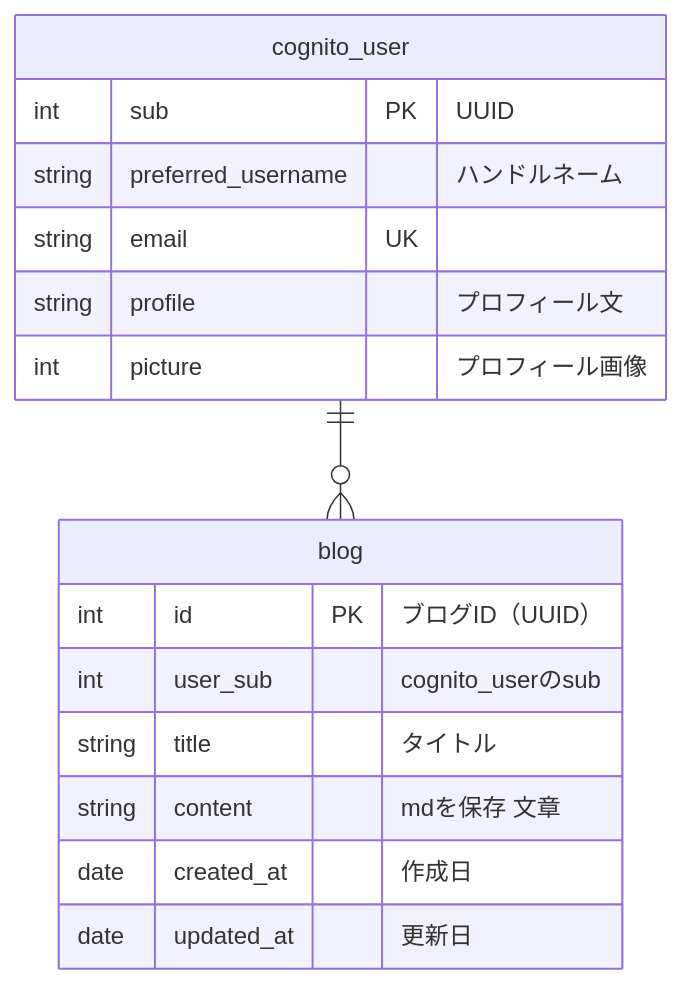
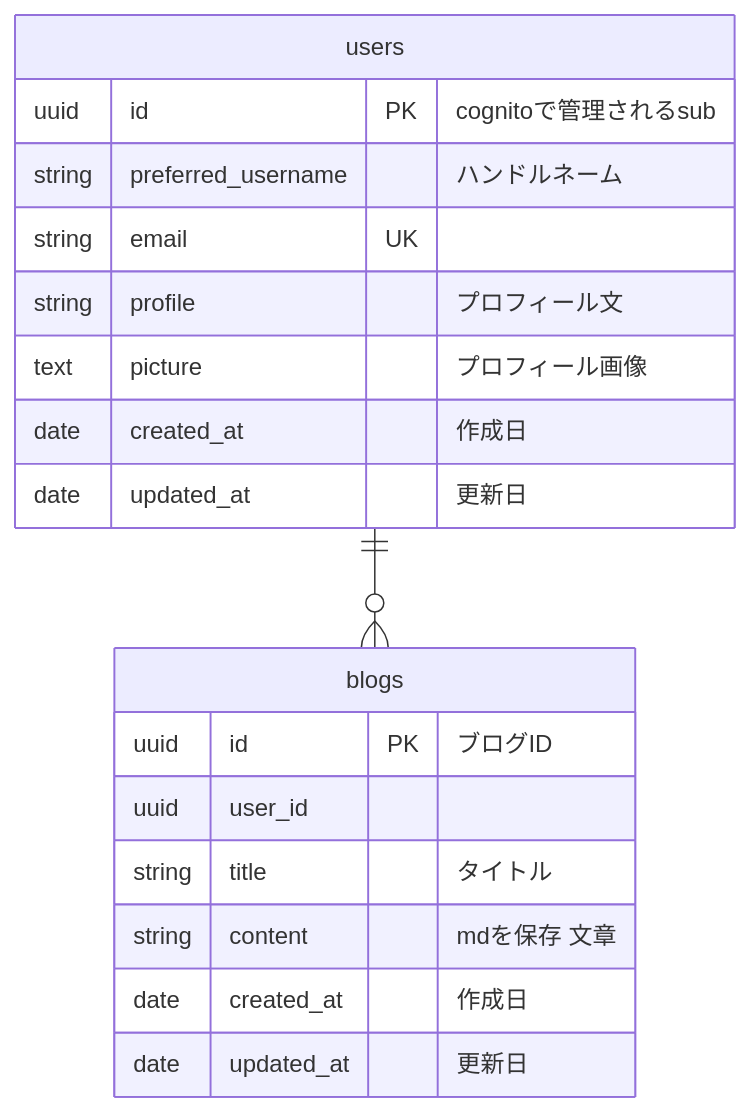
One commit to ChaSaji/aws-learn changed the diagram in docs/er.md. Above: the diagram before and after it, drawn with Mermaid. The commit also changed 2 other files, not shown here.

Commit message:
change: 命名の変更（再度テーブルを作り直す方針）

````diff
--- a/docs/er.md
+++ b/docs/er.md
@@ -1,20 +1,22 @@
 ```mermaid
 erDiagram
-    cognito_user {
-        int sub PK "UUID"
+    users {
+        uuid id PK "cognitoで管理されるsub"
         string preferred_username "ハンドルネーム"
         string email UK
         string profile "プロフィール文"
-        int picture "プロフィール画像"
+        text picture "プロフィール画像"
+        date created_at "作成日"
+        date updated_at "更新日"
     }
-    blog {
-        int id PK "ブログID（UUID）"
-        int user_sub "cognito_userのsub"
+    blogs {
+        uuid id PK "ブログID"
+        uuid user_id
         string title "タイトル"
         string content "mdを保存 文章"
         date created_at "作成日"
         date updated_at "更新日"
     }
 
-    cognito_user 1--0+ blog : ""
+    users 1--0+ blogs : ""
 ```
````
